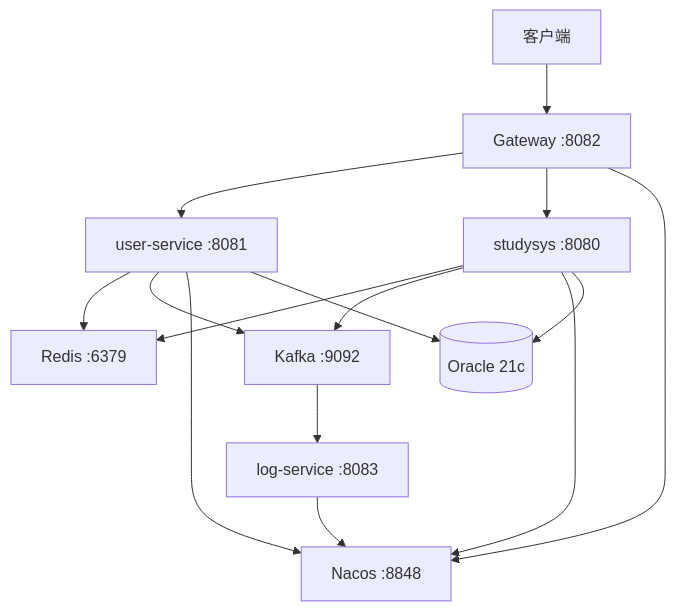
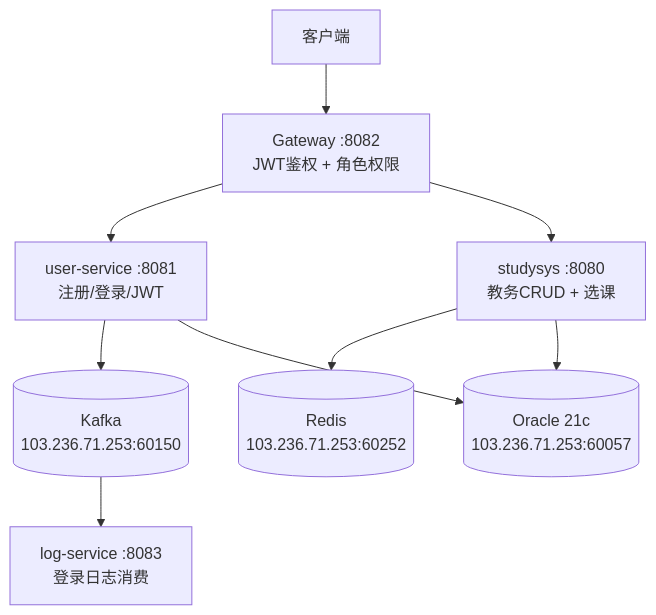
The diagram in README.md (fujikawamia615/springboot-studyservice), drawn with Mermaid before and after one commit. The commit also changed other lines of this file, not shown here.

````diff
--- a/README.md
+++ b/README.md
@@ -171,20 +197,12 @@
 ```mermaid
 graph TD
-    Client[客户端] --> Gateway[Gateway :8082]
-    Gateway --> Auth[user-service :8081]
-    Gateway --> Business[studysys :8080]
+    Client[客户端] --> Gateway["Gateway :8082<br/>JWT鉴权 + 角色权限"]
+    Gateway --> Auth["user-service :8081<br/>注册/登录/JWT"]
+    Gateway --> Business["studysys :8080<br/>教务CRUD + 选课"]
     
-    Auth --> Redis[Redis :6379]
-    Auth --> Kafka[Kafka :9092]
-    Business --> Redis
-    Business --> Kafka
-    Kafka --> Log[log-service :8083]
-    
-    Auth --> Nacos[Nacos :8848]
-    Business --> Nacos
-    Gateway --> Nacos
-    Log --> Nacos
-    
-    Auth --> Oracle[(Oracle 21c)]
-    Business --> Oracle
+    Auth --> Kafka[("Kafka<br/>103.236.71.253:60150")]
+    Business --> Redis[("Redis<br/>103.236.71.253:60252")]
+    Business --> Oracle[("Oracle 21c<br/>103.236.71.253:60057")]
+    Auth --> Oracle
+    Kafka --> Log["log-service :8083<br/>登录日志消费"]
 ```
````
